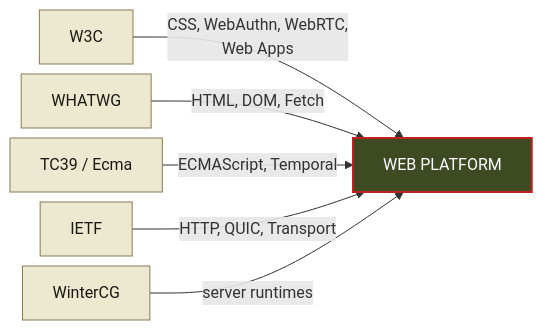
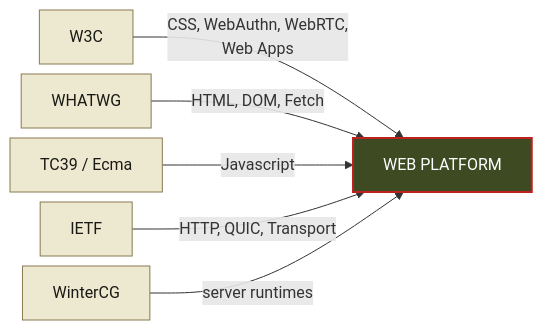
Before and after one commit to Momomash/hitchhiking-web-platform: the second of 5 diagrams in slides.md, drawn with Mermaid. The commit also changed other lines of this file and 5 other files, not shown here.

````diff
--- a/slides.md
+++ b/slides.md
@@ -797,16 +811,16 @@
 ```mermaid
 %%{init: {'flowchart': {'curve': 'basis', 'nodeSpacing': 10, 'rankSpacing': 10}}}%%
 flowchart LR
 
   W3C["W3C"] -->|CSS, WebAuthn, WebRTC,\nWeb Apps| WEB["WEB PLATFORM"]
   WHATWG["WHATWG"] -->|HTML, DOM, Fetch| WEB
-  TC39["TC39 / Ecma"] -->|ECMAScript, Temporal| WEB
+  TC39["TC39 / Ecma"] -->|Javascript| WEB
   IETF["IETF"] -->|HTTP, QUIC, Transport| WEB
   WINTER["WinterCG"] -->|server runtimes| WEB
 
   classDef web fill:#3d4a22,stroke:#bf2020,color:#fff,stroke-width:2px;
   classDef org fill:#ede8d0,stroke:#8a7a50,color:#1a1a14;
 
   class WEB web;
   class W3C,WHATWG,TC39,IETF,WINTER org;
 ```
````
